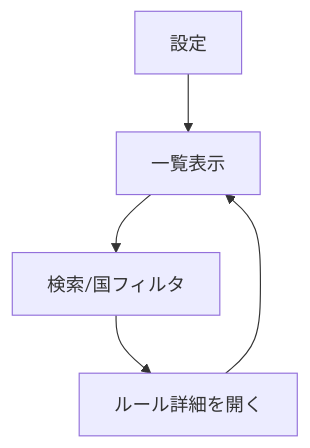
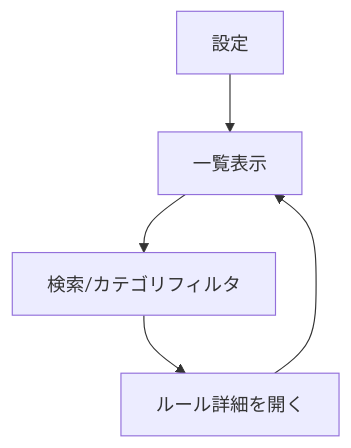
The fifth of 5 diagrams in docs/system-design-units.md (ogasasoft/party-deck), drawn with Mermaid before and after one commit. The commit also changed other lines of this file and 12 other files, not shown here.

````diff
--- a/docs/system-design-units.md
+++ b/docs/system-design-units.md
@@ -996,7 +1003,7 @@
 ```mermaid
 flowchart TD
   A["設定"] --> B["一覧表示"]
-  B --> C["検索/国フィルタ"]
+  B --> C["検索/カテゴリフィルタ"]
   C --> D["ルール詳細を開く"]
   D --> B
 ```
````
